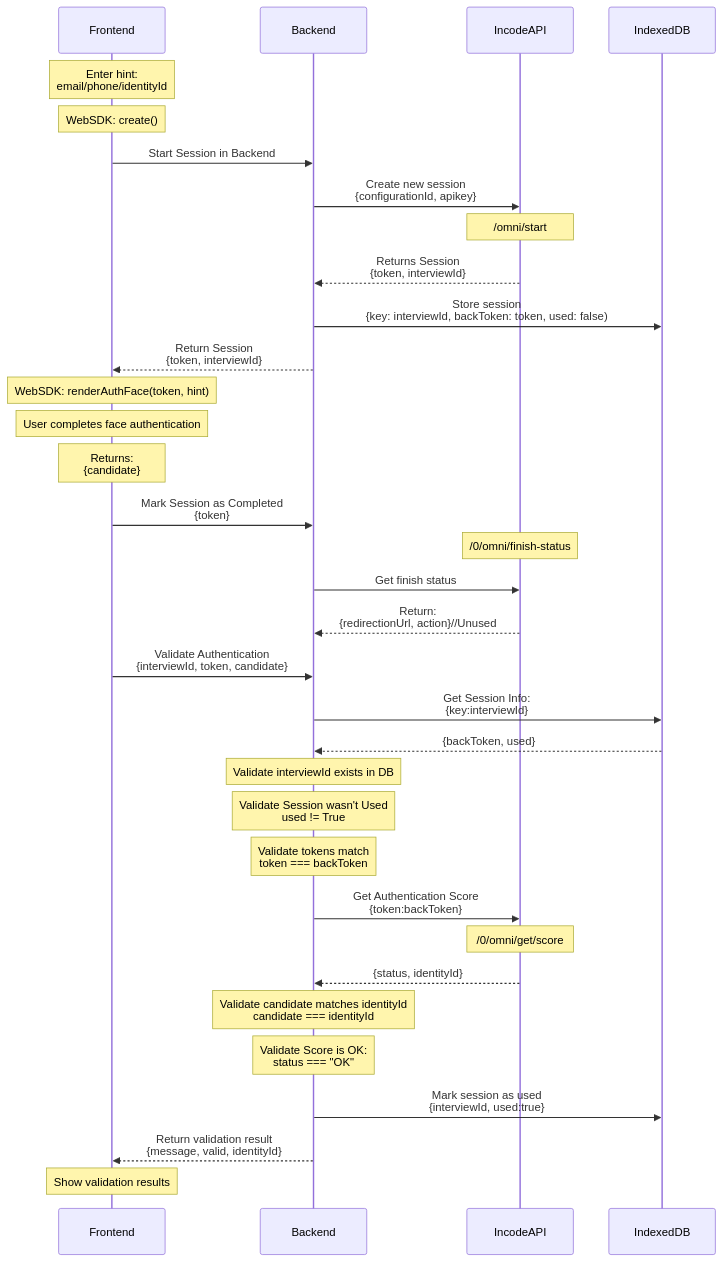
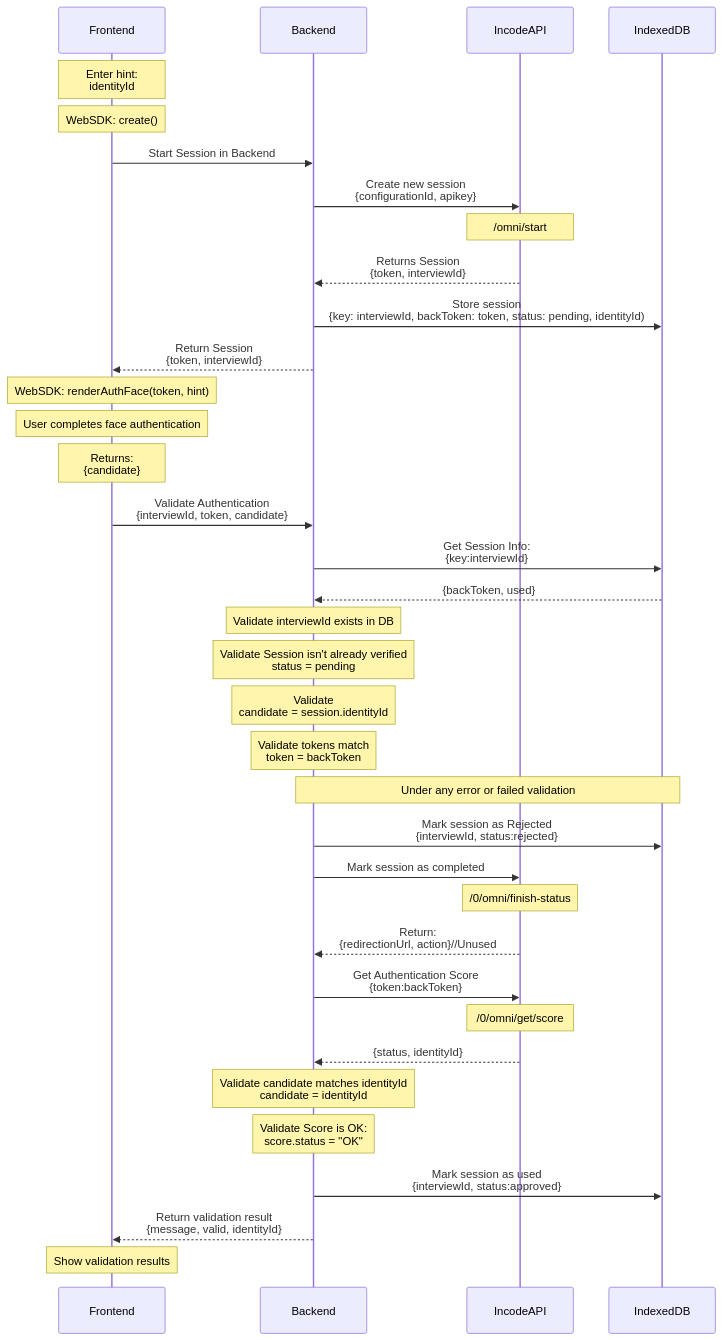
The diagram in README.md (Incode-Technologies-Example-Repos/authentication-core-javascript), drawn with Mermaid before and after one commit.

Commit message:
updated diagram

````diff
--- a/README.md
+++ b/README.md
@@ -17,41 +17,44 @@
 ```mermaid
 sequenceDiagram
     participant Frontend
     participant Backend
     participant IncodeAPI
     participant IndexedDB
 
-    Note over Frontend: Enter hint:<br> email/phone/identityId
+    Note over Frontend: Enter hint:<br> identityId
     Note over Frontend: WebSDK: create()
     Frontend->>Backend: Start Session in Backend
     Backend->>IncodeAPI: Create new session<br>{configurationId, apikey}
     Note over IncodeAPI: /omni/start
     IncodeAPI-->>Backend: Returns Session<br>{token, interviewId}
-    Backend->>IndexedDB: Store session<br>{key: interviewId, backToken: token, used: false)
+    Backend->>IndexedDB: Store session<br>{key: interviewId, backToken: token, status: pending, identityId)
     Backend-->>Frontend: Return Session<br>{token, interviewId}
     
     Note over Frontend: WebSDK: renderAuthFace(token, hint)
     Note over Frontend: User completes face authentication
     Note over Frontend:Returns:<br>{candidate}
-    
-    
-    Frontend->>Backend: Mark Session as Completed<br>{token}
-    Note over IncodeAPI: /0/omni/finish-status 
-    Backend->>IncodeAPI: Get finish status
-    IncodeAPI-->>Backend: Return:<br>{redirectionUrl, action}//Unused
-    
+     
     Frontend->>Backend: Validate Authentication<br>{interviewId, token, candidate}
     Backend->>IndexedDB: Get Session Info:<br>{key:interviewId}
     IndexedDB-->>Backend:  {backToken, used}
     Note over Backend: Validate interviewId exists in DB
-    Note over Backend: Validate Session wasn't Used<br>used != True
-    Note over Backend: Validate tokens match<br>token === backToken
+    Note over Backend: Validate Session isn't already verified<br>status = pending 
+    Note over Backend: Validate<br>candidate = session.identityId
+    Note over Backend: Validate tokens match<br>token = backToken
+
+   Note over Backend,IndexedDB: Under any error or failed validation
+   Backend->>IndexedDB: Mark session as Rejected<br>{interviewId, status:rejected}
+
+    Backend->>IncodeAPI: Mark session as completed
+    Note over IncodeAPI: /0/omni/finish-status 
+    IncodeAPI-->>Backend: Return:<br>{redirectionUrl, action}//Unused
+
     Backend->>IncodeAPI: Get Authentication Score<br>{token:backToken}
     Note over IncodeAPI: /0/omni/get/score
     IncodeAPI-->>Backend: {status, identityId}
-    Note over Backend: Validate candidate matches identityId<br> candidate === identityId
-    Note over Backend: Validate Score is OK:<br>status === "OK"
-    Backend->>IndexedDB: Mark session as used<br>{interviewId, used:true}
+    Note over Backend: Validate candidate matches identityId<br> candidate = identityId
+    Note over Backend: Validate Score is OK:<br>score.status = "OK"
+    Backend->>IndexedDB: Mark session as used<br>{interviewId, status:approved}
     Backend-->>Frontend: Return validation result<br>{message, valid, identityId}
     Note over Frontend: Show validation results
 ```
````
